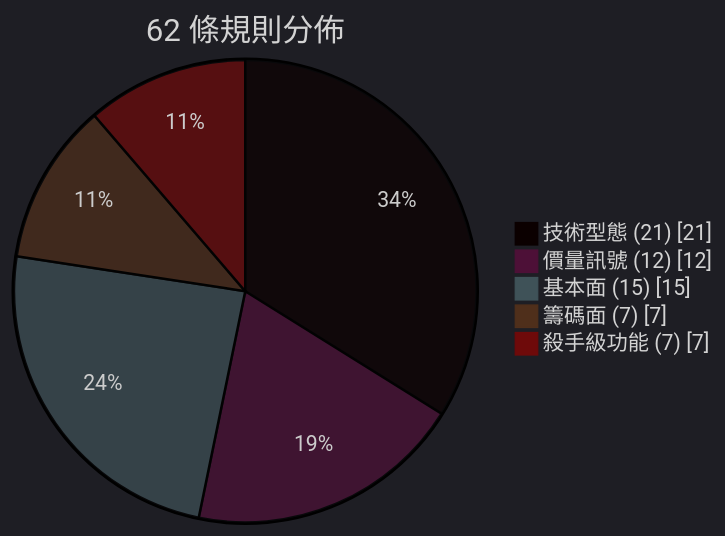
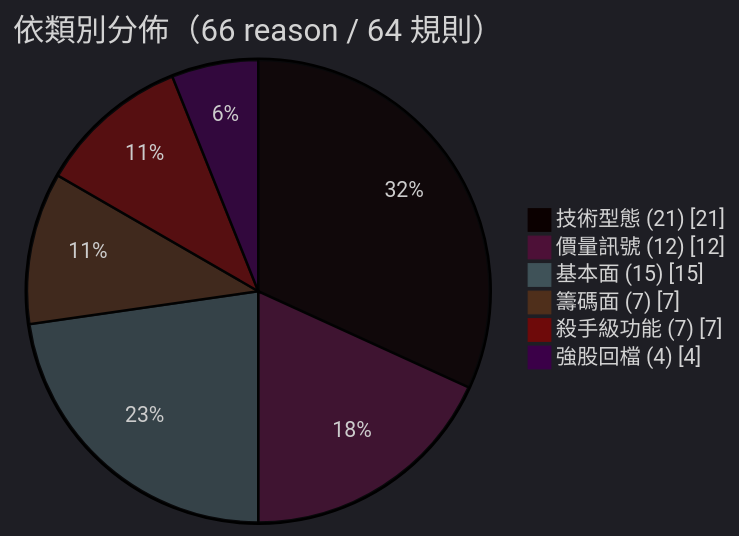
Before and after one commit to Neal75418/afterclose: the second of 2 diagrams in README.md, drawn with Mermaid. The commit also changed other lines of this file, not shown here.

````diff
--- a/README.md
+++ b/README.md
@@ -175,9 +175,10 @@
 ```mermaid
 %%{init: {'theme': 'dark'}}%%
-pie showData title 62 條規則分佈
+pie showData title 依類別分佈（66 reason / 64 規則）
     "技術型態 (21)" : 21
     "價量訊號 (12)" : 12
     "基本面 (15)" : 15
     "籌碼面 (7)" : 7
     "殺手級功能 (7)" : 7
+    "強股回檔 (4)" : 4
 ```
````
